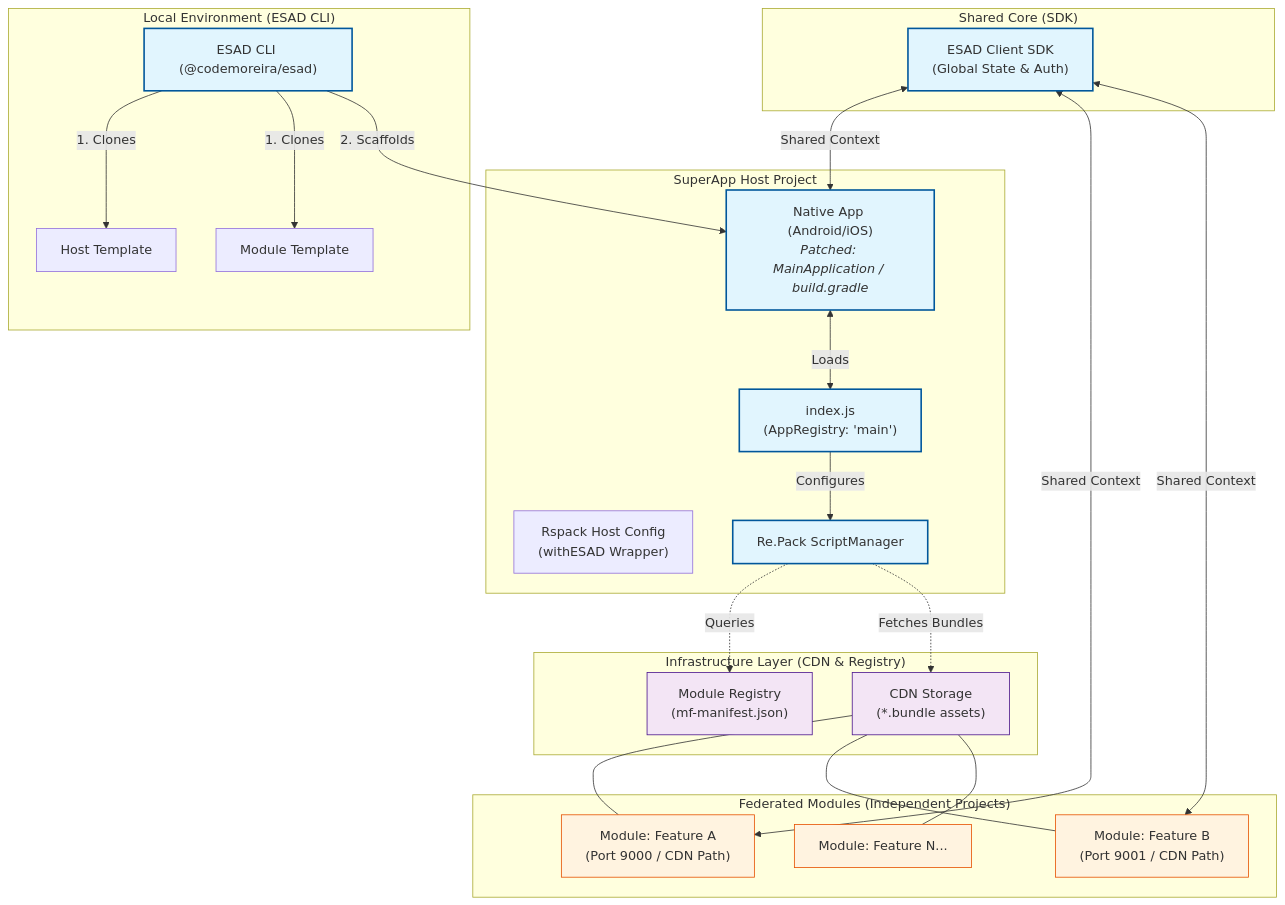
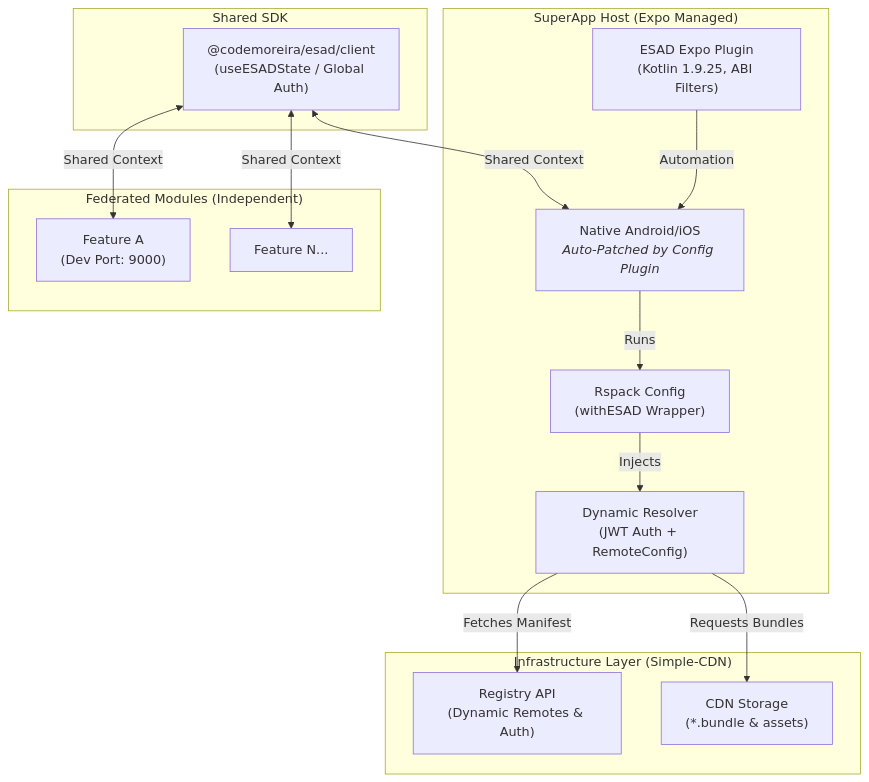
One commit to CodeMoreira/esad changed the diagram in ESAD_ARCHITECTURE.md. Above: the diagram before and after it, drawn with Mermaid. The commit also changed other lines of this file and 7 other files, not shown here.

Commit message:
feat: ESAD v2.0 Reconstruction - Zero-Config, Expo SDK 52 & Re.Pack 5 integration

````diff
--- a/ESAD_ARCHITECTURE.md
+++ b/ESAD_ARCHITECTURE.md
@@ -10,59 +11,37 @@
 ```mermaid
 graph TB
-    subgraph "Local Environment (ESAD CLI)"
-        CLI["ESAD CLI (@codemoreira/esad)"]
-        T_Host["Host Template"]
-        T_Mod["Module Template"]
+    subgraph "Infrastructure Layer (Simple-CDN)"
+        REG["Registry API<br/>(Dynamic Remotes & Auth)"]
+        CDN["CDN Storage<br/>(*.bundle & assets)"]
     end
 
-    subgraph "Infrastructure Layer (CDN & Registry)"
-        REG["Module Registry<br/>(mf-manifest.json)"]
-        CDN["CDN Storage<br/>(*.bundle assets)"]
+    subgraph "SuperApp Host (Expo Managed)"
+        H_Native["Native Android/iOS<br/><i>Auto-Patched by Config Plugin</i>"]
+        H_Plugin["ESAD Expo Plugin<br/>(Kotlin 1.9.25, ABI Filters)"]
+        H_Rspack["Rspack Config<br/>(withESAD Wrapper)"]
+        H_Resolver["Dynamic Resolver<br/>(JWT Auth + RemoteConfig)"]
     end
 
-    subgraph "SuperApp Host Project"
-        H_Native["Native App (Android/iOS)<br/><i>Patched: MainApplication / build.gradle</i>"]
-        H_Rspack["Rspack Host Config<br/>(withESAD Wrapper)"]
-        H_Entry["index.js<br/>(AppRegistry: 'main')"]
-        H_SM["Re.Pack ScriptManager"]
+    subgraph "Federated Modules (Independent)"
+        Mod_1["Feature A<br/>(Dev Port: 9000)"]
+        Mod_N["Feature N..."]
     end
 
-    subgraph "Federated Modules (Independent Projects)"
-        Mod_1["Module: Feature A<br/>(Port 9000 / CDN Path)"]
-        Mod_2["Module: Feature B<br/>(Port 9001 / CDN Path)"]
-        Mod_N["Module: Feature N..."]
+    subgraph "Shared SDK"
+        SDK["@codemoreira/esad/client<br/>(useESADState / Global Auth)"]
     end
 
-    subgraph "Shared Core (SDK)"
-        SDK["ESAD Client SDK<br/>(Global State & Auth)"]
-    end
-
-    %% Scaffolding
-    CLI -->|1. Clones| T_Host
-    CLI -->|1. Clones| T_Mod
-    CLI -->|2. Scaffolds| H_Native
-    
-    %% Host Execution
-    H_Native <-->|Loads| H_Entry
-    H_Entry -->|Configures| H_SM
-    H_SM -.->|Queries| REG
-    H_SM -.->|Fetches Bundles| CDN
-    
-    %% Module Loading
-    CDN --- Mod_1
-    CDN --- Mod_2
-    CDN --- Mod_N
+    %% Flows
+    H_Native -->|Runs| H_Rspack
+    H_Rspack -->|Injects| H_Resolver
+    H_Resolver -->|Fetches Manifest| REG
+    H_Resolver -->|Requests Bundles| CDN
     
     %% Communication
     SDK <-->|Shared Context| H_Native
     SDK <-->|Shared Context| Mod_1
-    SDK <-->|Shared Context| Mod_2
-
-    classDef core fill:#e1f5fe,stroke:#01579b,stroke-width:2px;
-    classDef infra fill:#f3e5f5,stroke:#4a148c,stroke-width:1px;
-    classDef module fill:#fff3e0,stroke:#e65100,stroke-width:1px;
+    SDK <-->|Shared Context| Mod_N
     
-    class CLI,H_Native,H_Entry,H_SM,Config,SDK core;
-    class REG,CDN infra;
-    class Mod_1,Mod_2,Mod_N module;
+    %% Scaffolding
+    H_Plugin -->|Automation| H_Native
 ```
````
